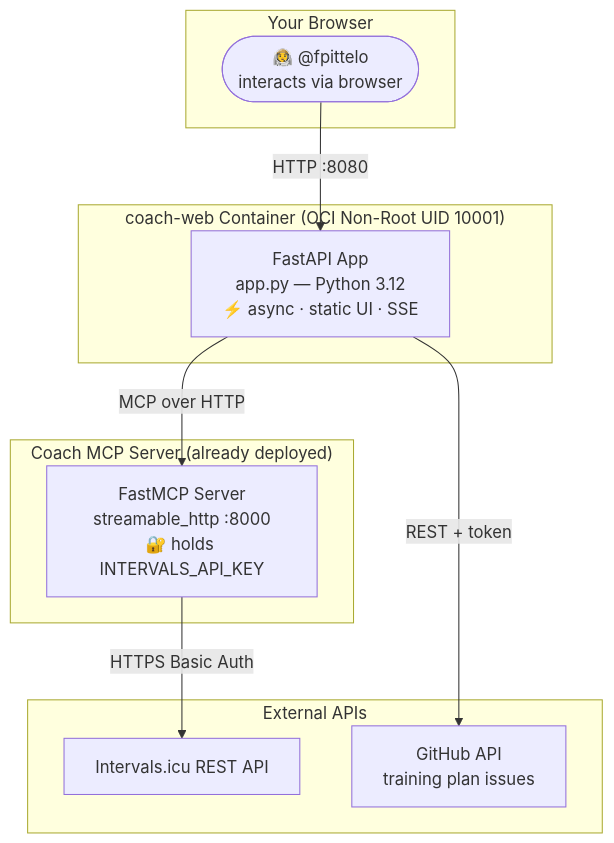
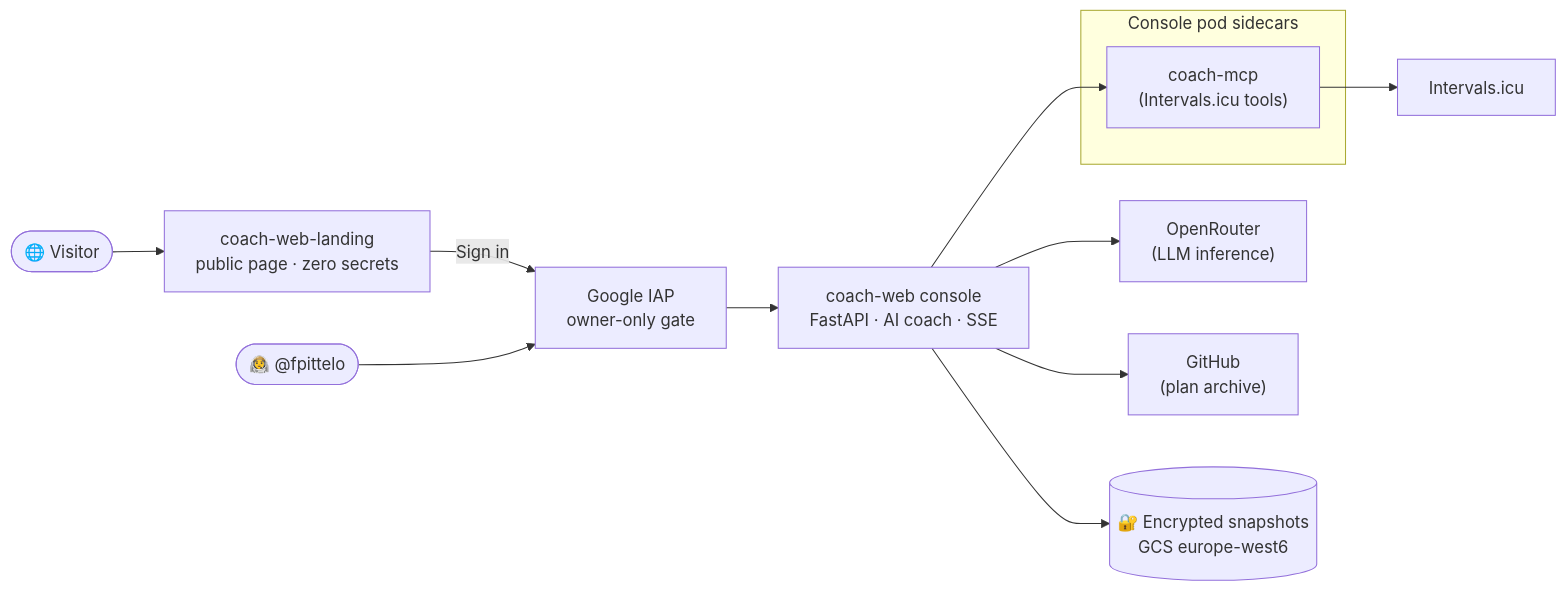
The diagram in README.md (fpittelo/coach-web), drawn with Mermaid before and after one commit. The commit also changed other lines of this file, not shown here.

First line of the commit message:
docs(readme): refresh to the current dual-surface GCP architecture (#460) (#461)

````diff
--- a/README.md
+++ b/README.md
@@ -40,24 +28,17 @@
 ```mermaid
-graph TD
-    subgraph "Your Browser"
-        YOU(["🧑‍🚀 @fpittelo<br/>interacts via browser"])
+flowchart LR
+    VISITOR(["🌐 Visitor"]) --> LANDING["coach-web-landing<br/>public page · zero secrets"]
+    LANDING -->|"Sign in"| IAP["Google IAP<br/>owner-only gate"]
+    OWNER(["🧑‍🚀 @fpittelo"]) --> IAP
+    IAP --> CONSOLE["coach-web console<br/>FastAPI · AI coach · SSE"]
+
+    subgraph SIDECARS["Console pod sidecars"]
+        MCP["coach-mcp<br/>(Intervals.icu tools)"]
     end
 
-    subgraph "coach-web Container (OCI Non-Root UID 10001)"
-        APP["FastAPI App<br/>app.py — Python 3.12<br/>⚡ async · static UI · SSE"]
-    end
-
-    subgraph "Coach MCP Server (already deployed)"
-        MCP["FastMCP Server<br/>streamable_http :8000<br/>🔐 holds INTERVALS_API_KEY"]
-    end
-
-    subgraph "External APIs"
-        INTERVALS["Intervals.icu REST API"]
-        GITHUB["GitHub API<br/>training plan issues"]
-    end
-
-    YOU -->|"HTTP :8080"| APP
-    APP -->|"MCP over HTTP"| MCP
-    APP -->|"REST + token"| GITHUB
-    MCP -->|"HTTPS Basic Auth"| INTERVALS
+    CONSOLE --> MCP
+    MCP --> INTERVALS["Intervals.icu"]
+    CONSOLE --> LLM["OpenRouter<br/>(LLM inference)"]
+    CONSOLE --> GITHUB["GitHub<br/>(plan archive)"]
+    CONSOLE --> GCS[("🔐 Encrypted snapshots<br/>GCS europe-west6")]
 ```
````
